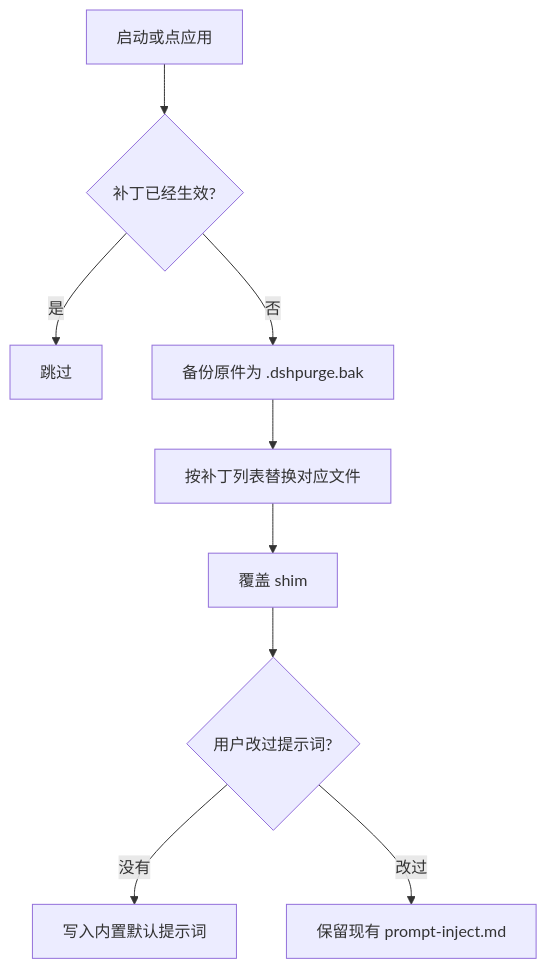
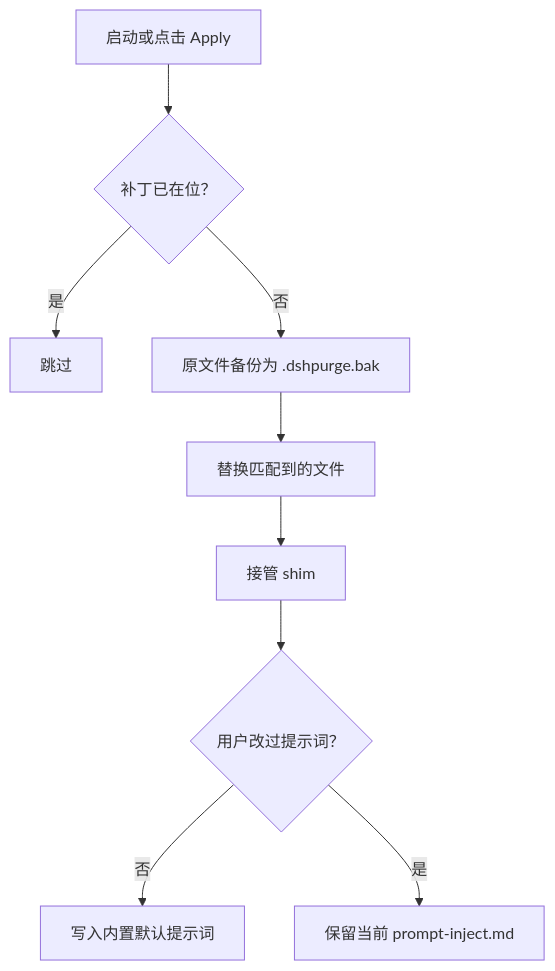
Before and after one commit to jmx124112/dsh-purge-selfhost: the first of 3 diagrams in README.zh-CN.md, drawn with Mermaid. The commit also changed other lines of this file and 4 other files, not shown here.

````diff
--- a/README.zh-CN.md
+++ b/README.zh-CN.md
@@ -680,11 +77,11 @@
 ```mermaid
 flowchart TD
-  A["启动或点应用"] --> B{"补丁已经生效?"}
+  A["启动或点击 Apply"] --> B{"补丁已在位？"}
   B -->|是| C["跳过"]
-  B -->|否| D["备份原件为 .dshpurge.bak"]
-  D --> E["按补丁列表替换对应文件"]
-  E --> F["覆盖 shim"]
-  F --> G{"用户改过提示词?"}
-  G -->|没有| H["写入内置默认提示词"]
-  G -->|改过| I["保留现有 prompt-inject.md"]
+  B -->|否| D["原文件备份为 .dshpurge.bak"]
+  D --> E["替换匹配到的文件"]
+  E --> F["接管 shim"]
+  F --> G{"用户改过提示词？"}
+  G -->|否| H["写入内置默认提示词"]
+  G -->|是| I["保留当前 prompt-inject.md"]
 ```
````
